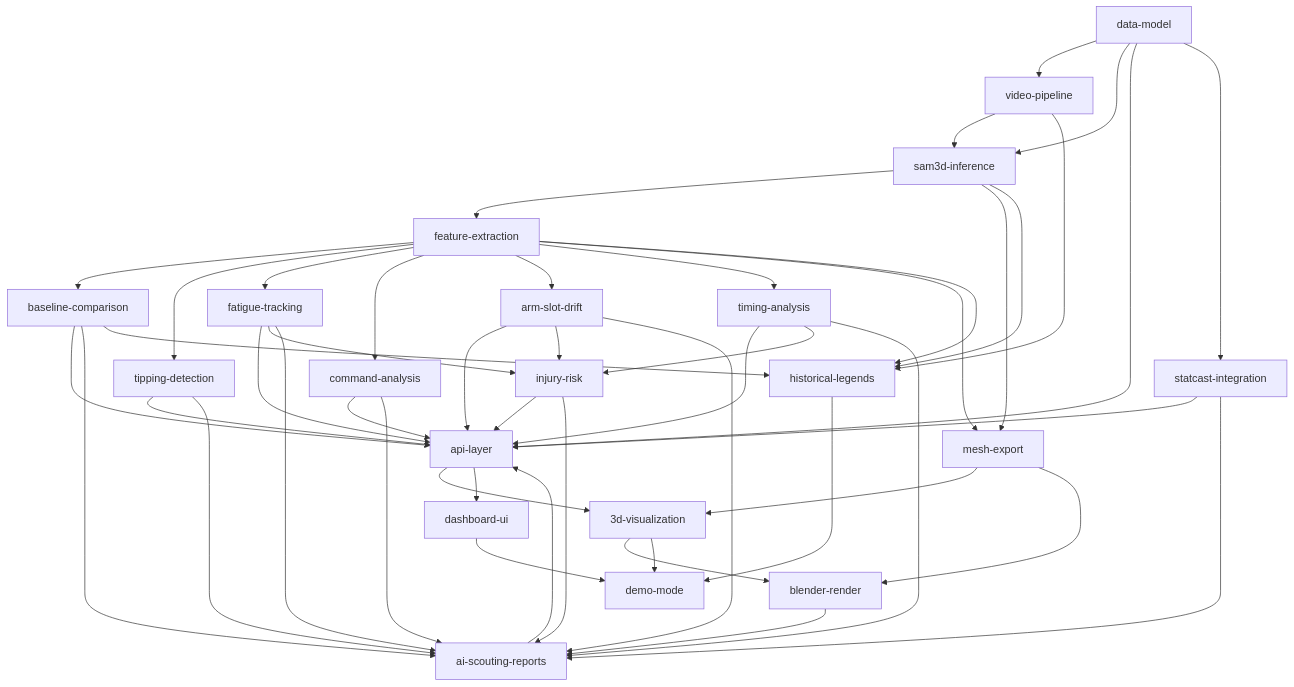
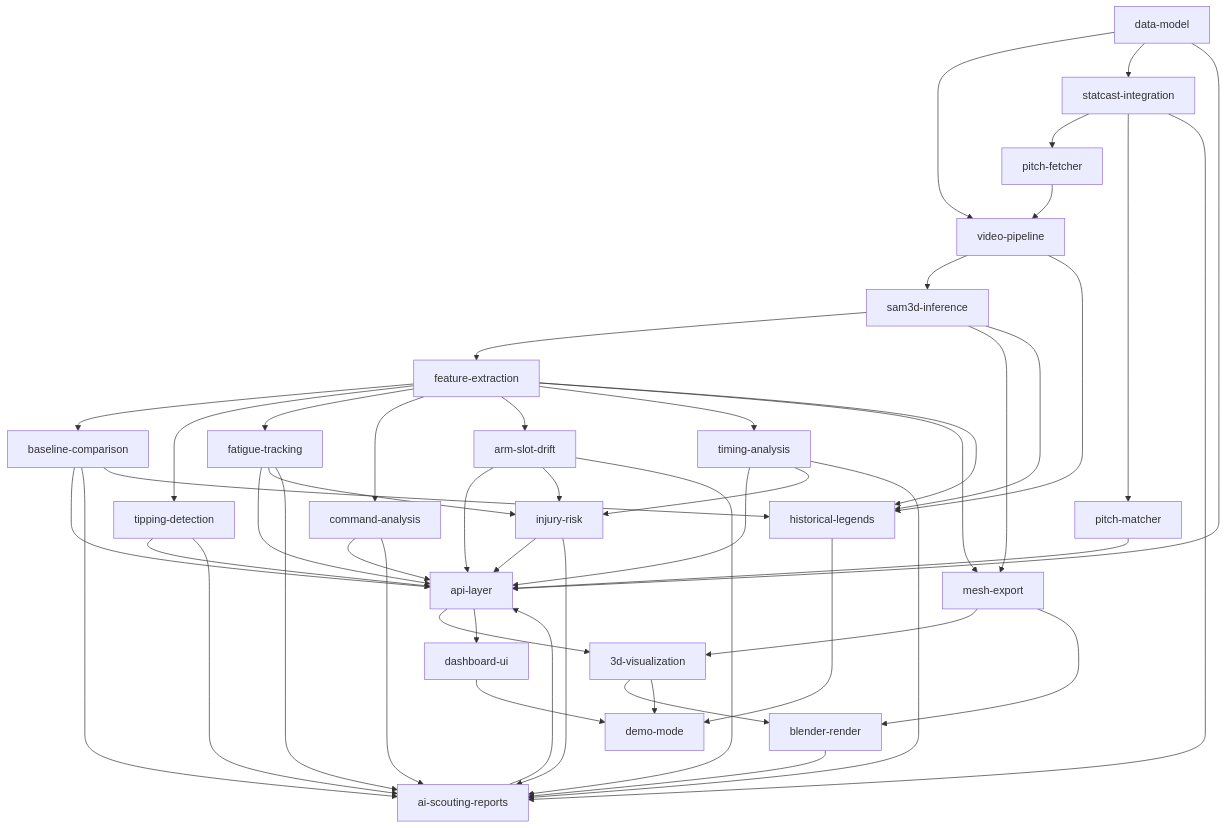
The diagram in docs/plans/manifest.md (shihwesley/SamPlaysBaseball), drawn with Mermaid before and after one commit. The commit also changed other lines of this file and 5 other files, not shown here.

````diff
--- a/docs/plans/manifest.md
+++ b/docs/plans/manifest.md
@@ -17,50 +26,52 @@
 ```mermaid
 graph TD
     DM[data-model] --> VP[video-pipeline]
-    DM --> SI[sam3d-inference]
-    VP --> SI
+    DM --> SC[statcast-integration]
+    SC --> PF[pitch-fetcher]
+    PF --> VP
+    VP --> SI[sam3d-inference]
     SI --> FE[feature-extraction]
     FE --> BC[baseline-comparison]
     FE --> TD[tipping-detection]
     FE --> FT[fatigue-tracking]
     FE --> CA[command-analysis]
     FE --> ASD[arm-slot-drift]
     FE --> TA[timing-analysis]
     DM --> API[api-layer]
     BC --> API
     TD --> API
     FT --> API
     CA --> API
     ASD --> API
     TA --> API
     FT --> IR[injury-risk]
     ASD --> IR
     TA --> IR
     IR --> API
-    DM --> SC[statcast-integration]
-    SC --> API
+    SC --> PM[pitch-matcher]
+    PM --> API
     BC --> ASR[ai-scouting-reports]
     TD --> ASR
     FT --> ASR
     CA --> ASR
     ASD --> ASR
     TA --> ASR
     IR --> ASR
     SC --> ASR
     ASR --> API
     FE --> ME[mesh-export]
     SI --> ME
     API --> VIZ[3d-visualization]
     ME --> VIZ
     API --> DASH[dashboard-ui]
     VIZ --> BR[blender-render]
     ME --> BR
     BR --> ASR
     VIZ --> DEMO[demo-mode]
     DASH --> DEMO
     VP --> HL[historical-legends]
     SI --> HL
     FE --> HL
     BC --> HL
     HL --> DEMO
 ```
````
